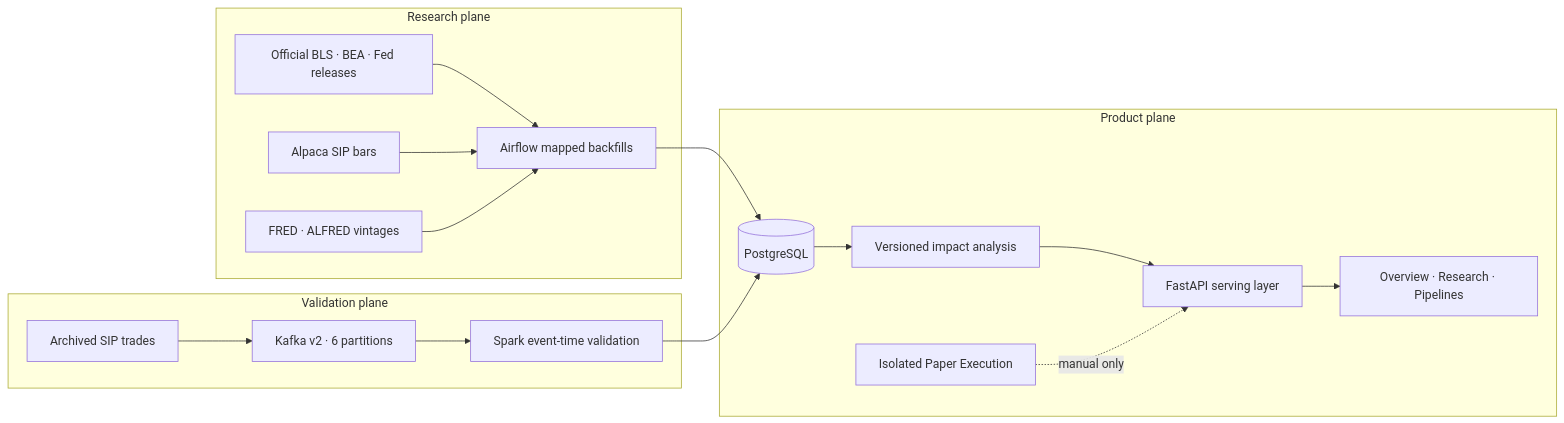
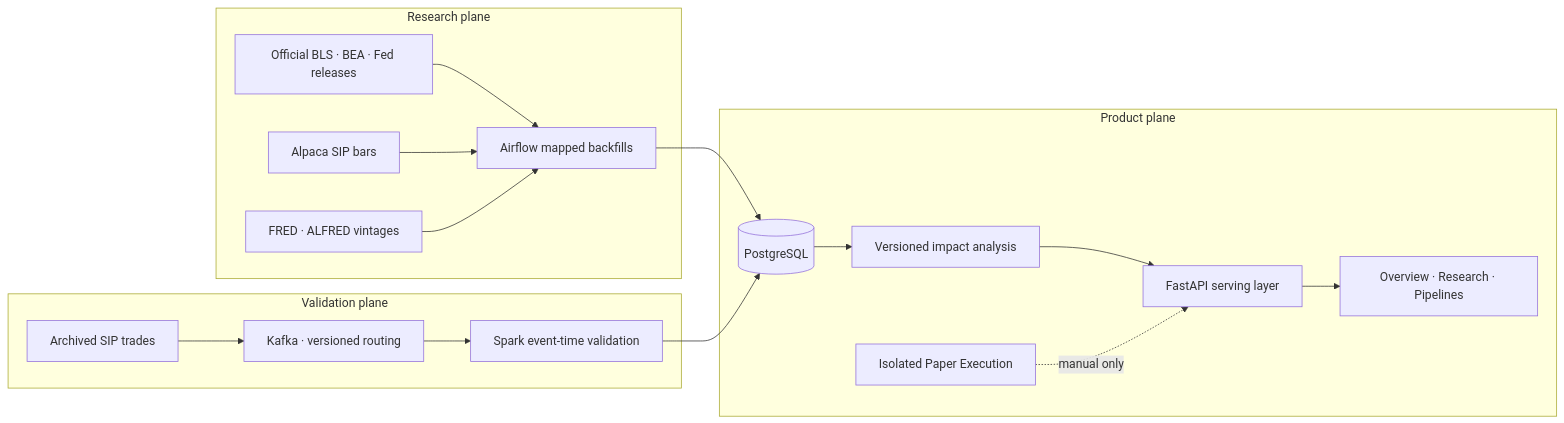
The diagram in README.md (hjh6709/us-market-intelligence-pipeline), drawn with Mermaid before and after one commit. The commit also changed other lines of this file and 39 other files, not shown here.

````diff
--- a/README.md
+++ b/README.md
@@ -44,32 +46,32 @@
 ```mermaid
 flowchart LR
   subgraph Research[Research plane]
     CAL[Official BLS · BEA · Fed releases]
     ALP[Alpaca SIP bars]
     FRED[FRED · ALFRED vintages]
     AF[Airflow mapped backfills]
     CAL --> AF
     ALP --> AF
     FRED --> AF
   end
 
   subgraph Validation[Validation plane]
     PQ[Archived SIP trades]
-    K[Kafka v2 · 6 partitions]
+    K[Kafka · versioned routing]
     S[Spark event-time validation]
     PQ --> K --> S
   end
 
   subgraph Product[Product plane]
     PG[(PostgreSQL)]
     A[Versioned impact analysis]
     API[FastAPI serving layer]
     UI[Overview · Research · Pipelines]
     PAPER[Isolated Paper Execution]
     PG --> A --> API --> UI
     PAPER -. manual only .-> API
   end
 
   AF --> PG
   S --> PG
 ```
````
